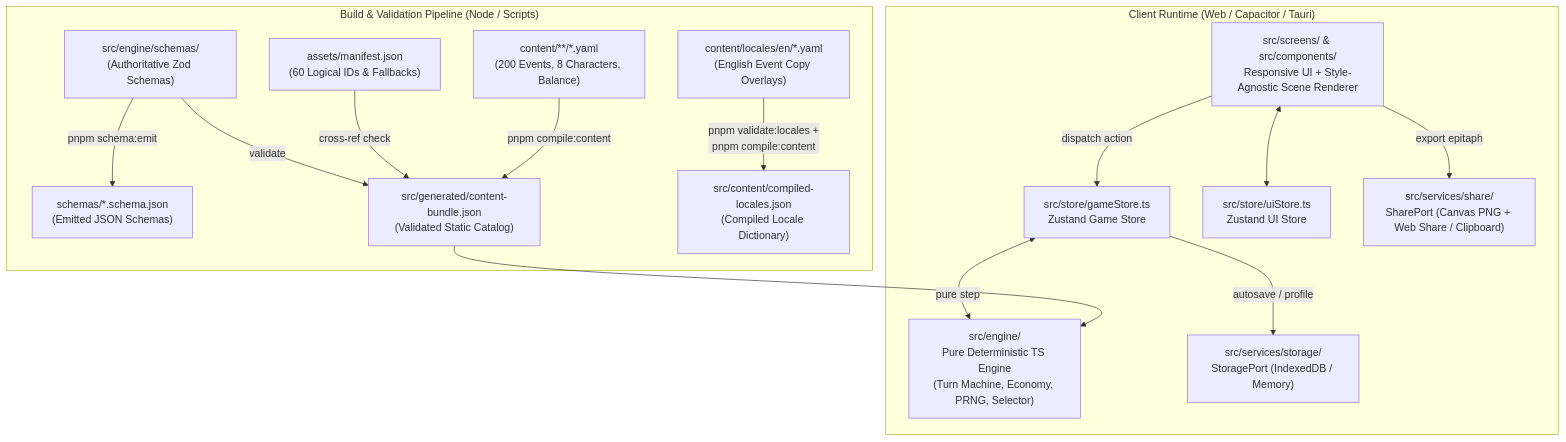
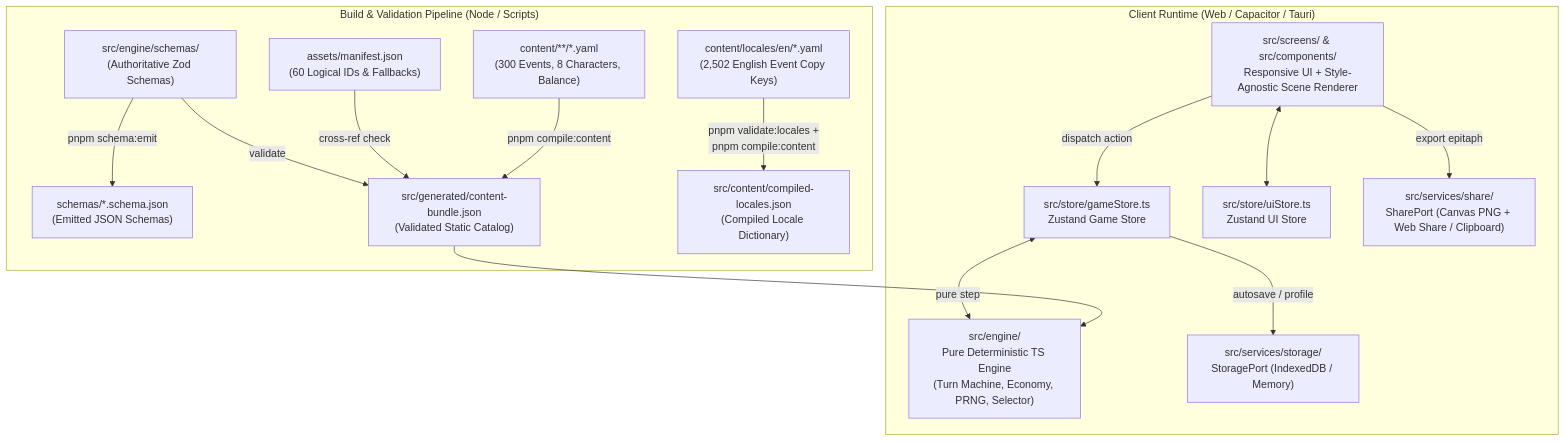
One commit to dsalva9/autonomo-simulator changed the first of 2 diagrams in ARCHITECTURE.md. Above: the diagram before and after it, drawn with Mermaid. The commit also changed other lines of this file and 338 other files, not shown here.

````diff
--- a/ARCHITECTURE.md
+++ b/ARCHITECTURE.md
@@ -35,34 +35,34 @@
 ```mermaid
 flowchart TB
     subgraph BuildTime["Build & Validation Pipeline (Node / Scripts)"]
-        YAML["content/**/*.yaml\n(200 Events, 8 Characters, Balance)"]
-        LOC["content/locales/en/*.yaml\n(English Event Copy Overlays)"]
+        YAML["content/**/*.yaml\n(300 Events, 8 Characters, Balance)"]
+        LOC["content/locales/en/*.yaml\n(2,502 English Event Copy Keys)"]
         MAN["assets/manifest.json\n(60 Logical IDs & Fallbacks)"]
         ZOD["src/engine/schemas/\n(Authoritative Zod Schemas)"]
         JSONS["schemas/*.schema.json\n(Emitted JSON Schemas)"]
         BUNDLE["src/generated/content-bundle.json\n(Validated Static Catalog)"]
         LOCBUNDLE["src/content/compiled-locales.json\n(Compiled Locale Dictionary)"]
 
         ZOD -->|"pnpm schema:emit"| JSONS
         YAML -->|"pnpm compile:content"| BUNDLE
         LOC -->|"pnpm validate:locales +\npnpm compile:content"| LOCBUNDLE
         MAN -->|"cross-ref check"| BUNDLE
         ZOD -->|"validate"| BUNDLE
     end
 
     subgraph Runtime["Client Runtime (Web / Capacitor / Tauri)"]
         ENGINE["src/engine/\nPure Deterministic TS Engine\n(Turn Machine, Economy, PRNG, Selector)"]
         GSTORE["src/store/gameStore.ts\nZustand Game Store"]
         UISTORE["src/store/uiStore.ts\nZustand UI Store"]
         UI["src/screens/ & src/components/\nResponsive UI + Style-Agnostic Scene Renderer"]
         STORAGE["src/services/storage/\nStoragePort (IndexedDB / Memory)"]
         SHARE["src/services/share/\nSharePort (Canvas PNG + Web Share / Clipboard)"]
 
         BUNDLE --> ENGINE
         UI -->|"dispatch action"| GSTORE
         UI <--> UISTORE
         GSTORE <-->|"pure step"| ENGINE
         GSTORE -->|"autosave / profile"| STORAGE
         UI -->|"export epitaph"| SHARE
     end
 ```
````
